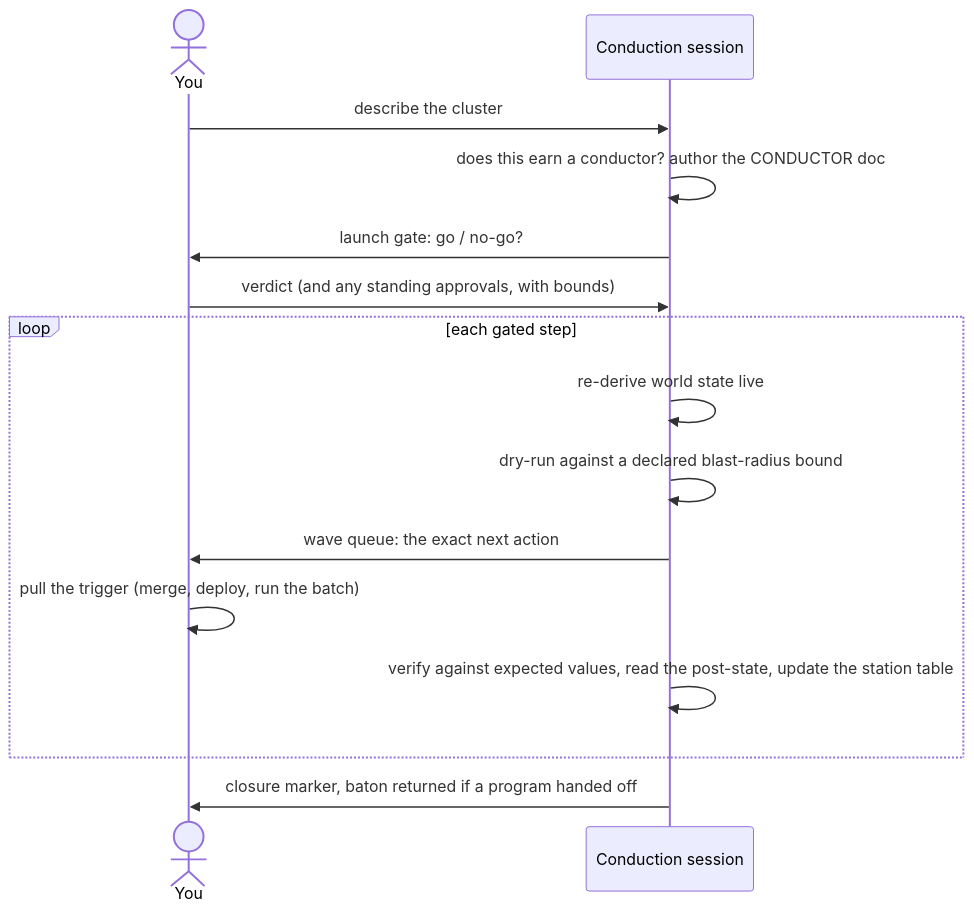
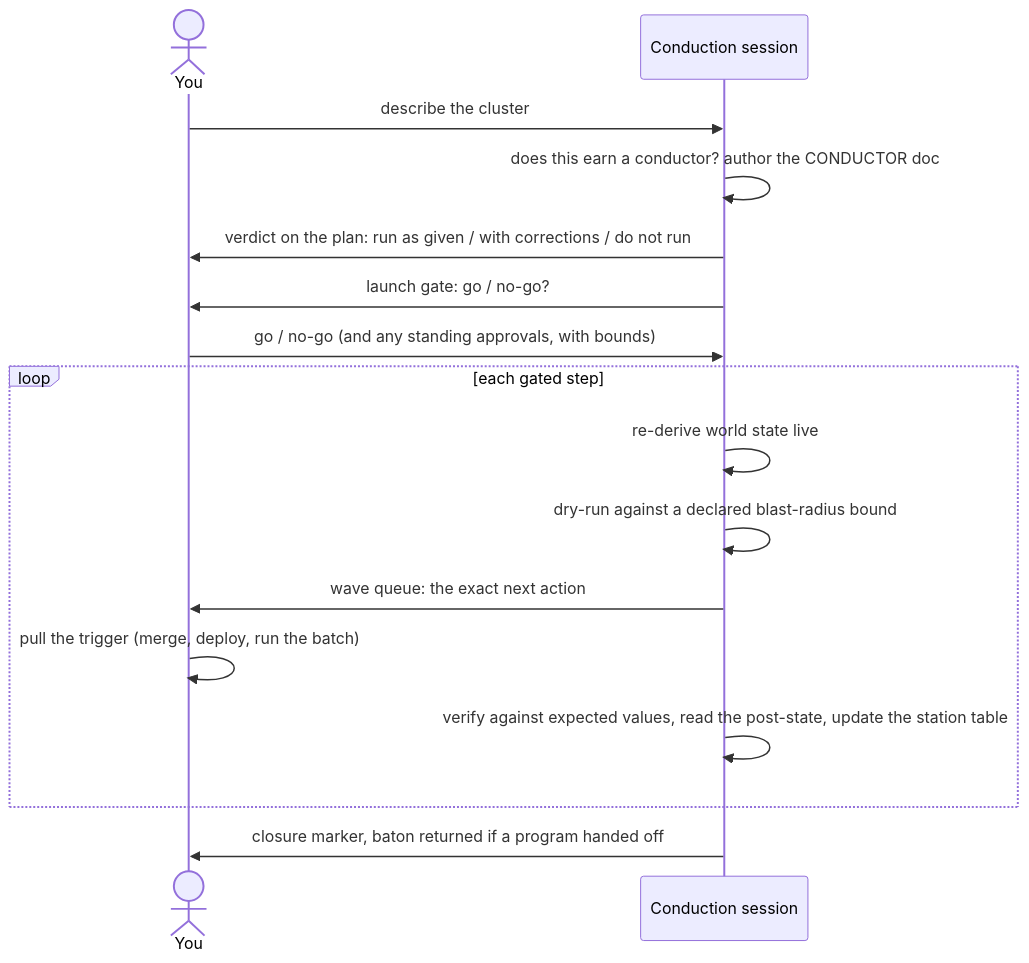
Before and after one commit to lucasfugisawa/deliberate-engineering: the diagram in docs/guides/conduct.md, drawn with Mermaid. The commit also changed other lines of this file, not shown here.

````diff
--- a/docs/guides/conduct.md
+++ b/docs/guides/conduct.md
@@ -17,18 +17,19 @@
 ```mermaid
 sequenceDiagram
     actor You as You
     participant C as Conduction session
 
     You->>C: describe the cluster
     C->>C: does this earn a conductor? author the CONDUCTOR doc
+    C->>You: verdict on the plan: run as given / with corrections / do not run
     C->>You: launch gate: go / no-go?
-    You->>C: verdict (and any standing approvals, with bounds)
+    You->>C: go / no-go (and any standing approvals, with bounds)
     loop each gated step
         C->>C: re-derive world state live
         C->>C: dry-run against a declared blast-radius bound
         C->>You: wave queue: the exact next action
         You->>You: pull the trigger (merge, deploy, run the batch)
         C->>C: verify against expected values, read the post-state, update the station table
     end
     C->>You: closure marker, baton returned if a program handed off
 ```
````
